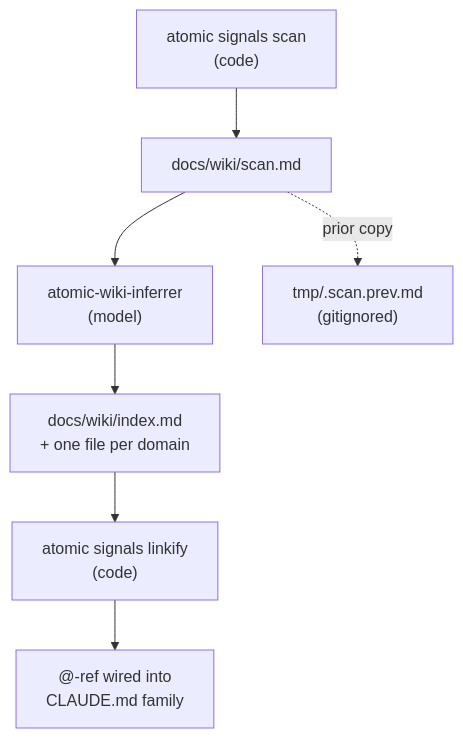
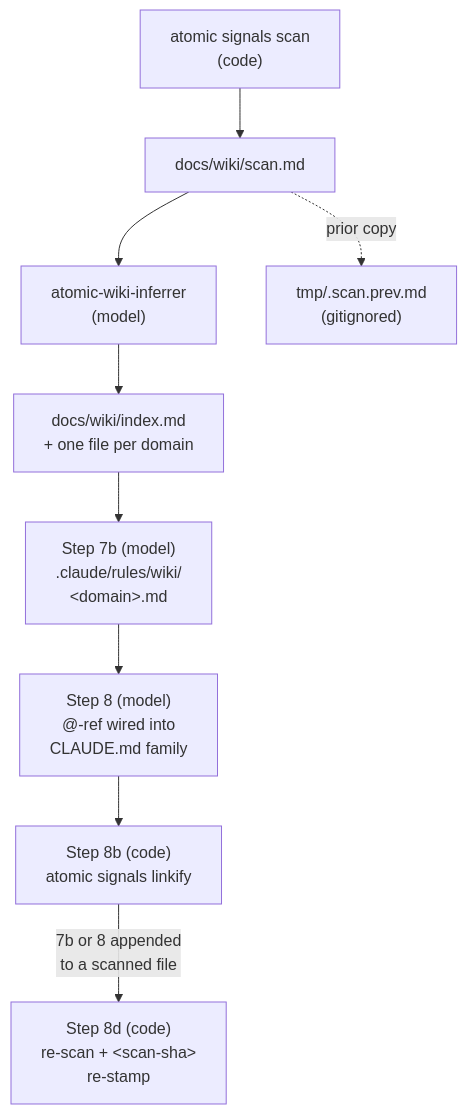
One commit to damusix/atomic-claude changed the first of 2 diagrams in docs/wiki/signals.md. Above: the diagram before and after it, drawn with Mermaid. The commit also changed other lines of this file and 19 other files, not shown here.

First line of the commit message:
fix(signals): keep stale fresh after a wiki refresh

````diff
--- a/docs/wiki/signals.md
+++ b/docs/wiki/signals.md
@@ -30,9 +30,11 @@
 ```mermaid
 flowchart TD
     A["atomic signals scan<br/>(code)"] --> B["docs/wiki/scan.md"]
     B --> C["atomic-wiki-inferrer<br/>(model)"]
     C --> D["docs/wiki/index.md<br/>+ one file per domain"]
-    D --> E["atomic signals linkify<br/>(code)"]
-    E --> F["@-ref wired into<br/>CLAUDE.md family"]
+    D --> R["Step 7b (model)<br/>.claude/rules/wiki/<br/>#lt;domain#gt;.md"]
+    R --> E["Step 8 (model)<br/>@-ref wired into<br/>CLAUDE.md family"]
+    E --> F["Step 8b (code)<br/>atomic signals linkify"]
+    F -->|"7b or 8 appended<br/>to a scanned file"| H["Step 8d (code)<br/>re-scan + #lt;scan-sha#gt;<br/>re-stamp"]
     B -.prior copy.-> G["tmp/.scan.prev.md<br/>(gitignored)"]
 ```
````
